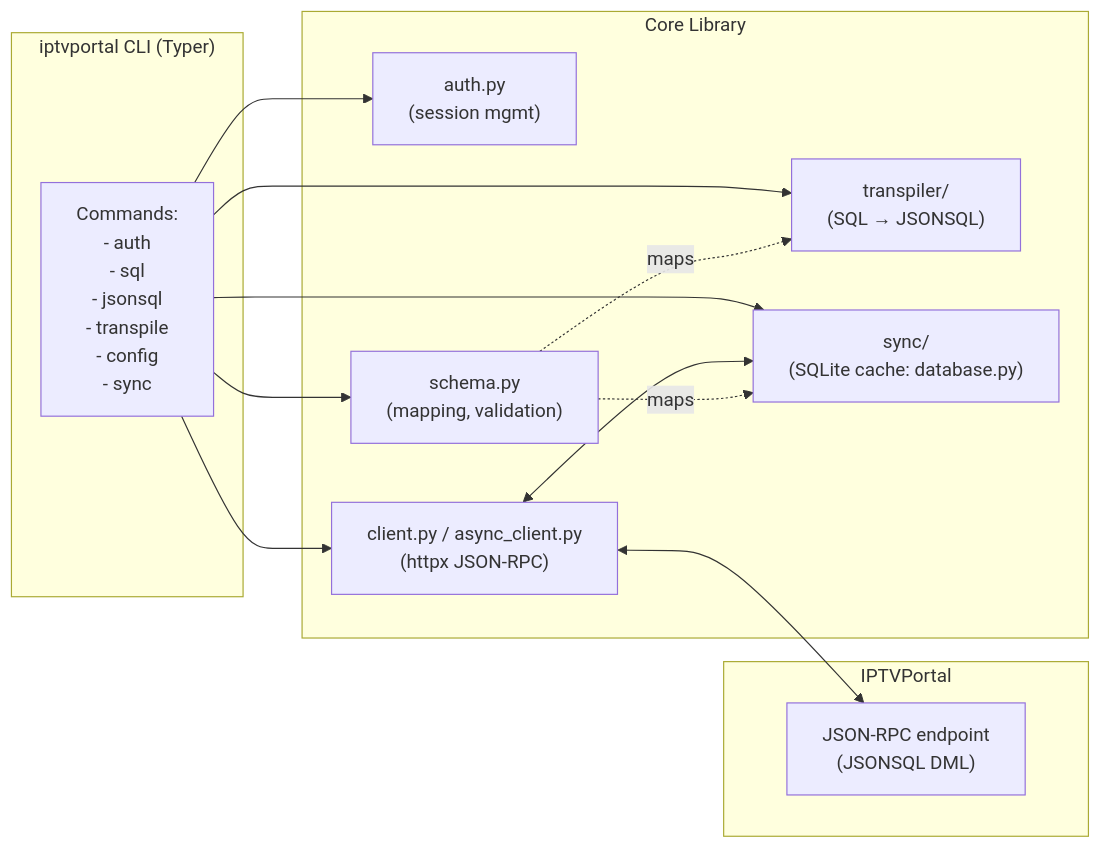
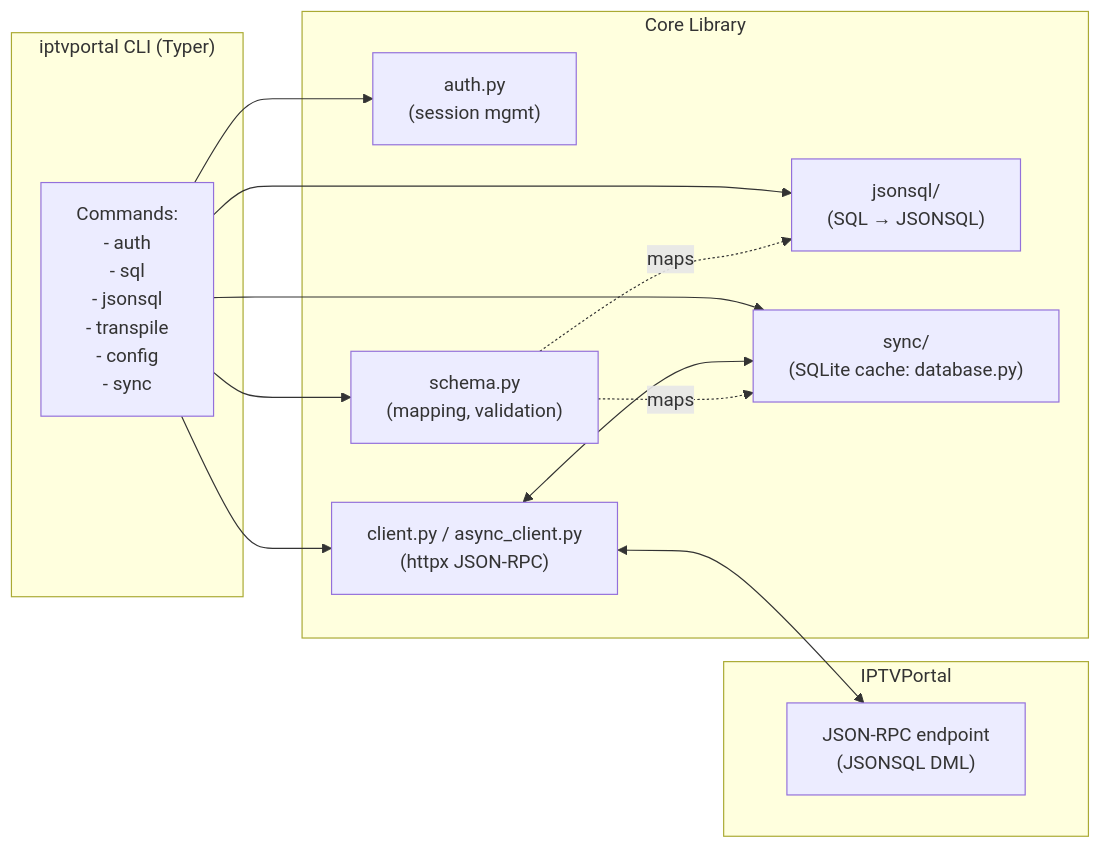
Before and after one commit to pv-udpv/iptvportal-client: the first of 5 diagrams in README.md, drawn with Mermaid. The commit also changed other lines of this file and 7 other files, not shown here.

````diff
--- a/README.md
+++ b/README.md
@@ -632,29 +632,29 @@
 ```mermaid
 flowchart LR
   subgraph CLI["iptvportal CLI (Typer)"]
     CMD["Commands:\n- auth\n- sql\n- jsonsql\n- transpile\n- config\n- sync"]
   end
 
   subgraph Core["Core Library"]
     AUTH["auth.py\n(session mgmt)"]
     CLIENT["client.py / async_client.py\n(httpx JSON-RPC)"]
-    TRANS["transpiler/\n(SQL → JSONSQL)"]
+    TRANS["jsonsql/\n(SQL → JSONSQL)"]
     SCHEMA["schema.py\n(mapping, validation)"]
     SYNC["sync/\n(SQLite cache: database.py)"]
   end
 
   subgraph Server["IPTVPortal"]
     RPC["JSON-RPC endpoint\n(JSONSQL DML)"]
   end
 
   CMD --> AUTH
   CMD --> TRANS
   CMD --> CLIENT
   CMD --> SCHEMA
   CMD --> SYNC
   CLIENT <--> RPC
   CLIENT <--> SYNC
 
   SCHEMA -. maps .-> TRANS
   SCHEMA -. maps .-> SYNC
 ```
````
